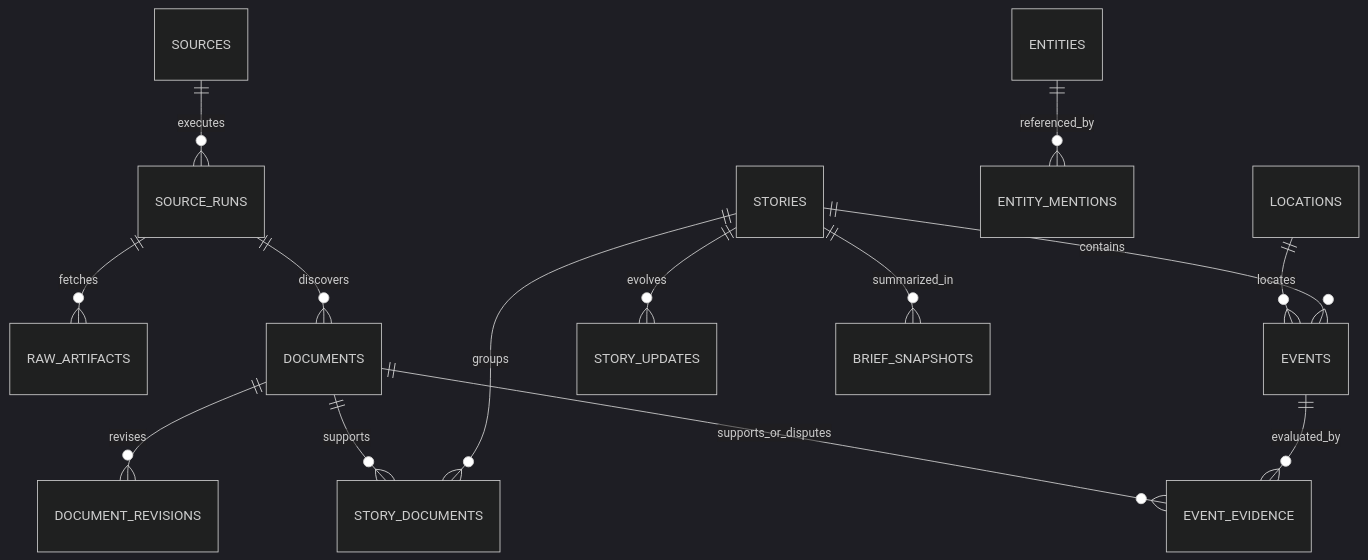
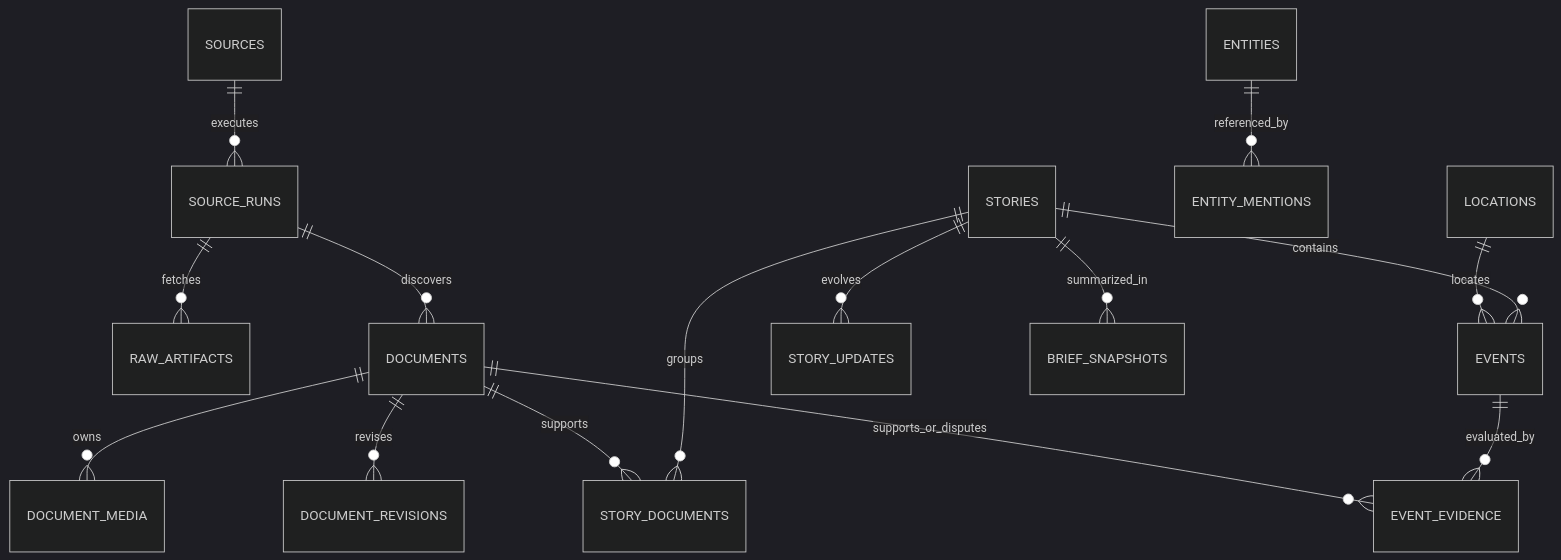
Before and after one commit to lulu930128/Open-Intel-Atlas: the diagram in docs/architecture/DataModel.md, drawn with Mermaid (dark theme). The commit also changed other lines of this file and 52 other files, not shown here.

````diff
--- a/docs/architecture/DataModel.md
+++ b/docs/architecture/DataModel.md
@@ -29,16 +30,17 @@
 ```mermaid
 erDiagram
     SOURCES ||--o{ SOURCE_RUNS : executes
     SOURCE_RUNS ||--o{ RAW_ARTIFACTS : fetches
     SOURCE_RUNS ||--o{ DOCUMENTS : discovers
+    DOCUMENTS ||--o{ DOCUMENT_MEDIA : owns
     DOCUMENTS ||--o{ DOCUMENT_REVISIONS : revises
     STORIES ||--o{ STORY_DOCUMENTS : groups
     DOCUMENTS ||--o{ STORY_DOCUMENTS : supports
     STORIES ||--o{ EVENTS : contains
     EVENTS ||--o{ EVENT_EVIDENCE : evaluated_by
     DOCUMENTS ||--o{ EVENT_EVIDENCE : supports_or_disputes
     ENTITIES ||--o{ ENTITY_MENTIONS : referenced_by
     LOCATIONS ||--o{ EVENTS : locates
     STORIES ||--o{ STORY_UPDATES : evolves
     STORIES ||--o{ BRIEF_SNAPSHOTS : summarized_in
 ```
````
